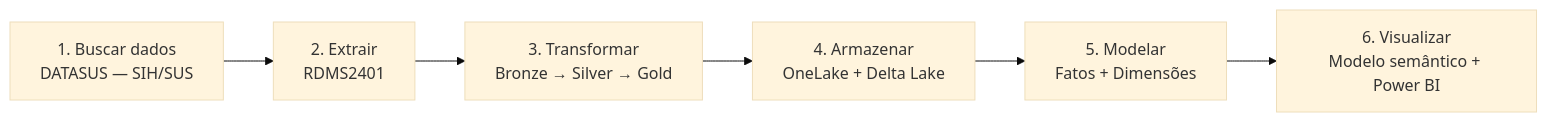
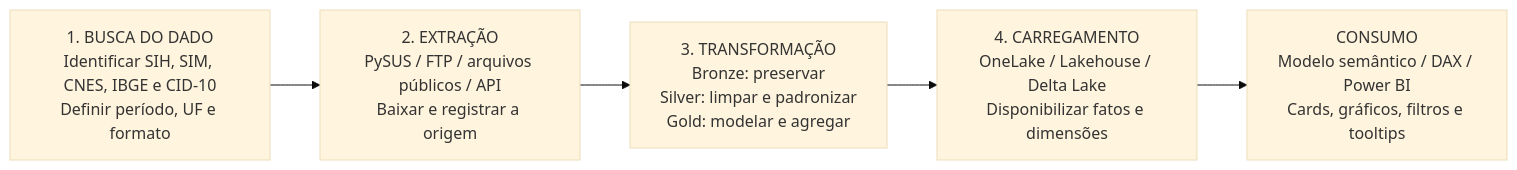
One commit to gersonpn/MedIA-fabric changed the first of 4 diagrams in README.md. Above: the diagram before and after it, drawn with Mermaid (base theme). The commit also changed other lines of this file and 12 other files, not shown here.

````diff
--- a/README.md
+++ b/README.md
@@ -32,8 +70,9 @@
 ```mermaid
 flowchart LR
-    A["1. Buscar dados<br/>DATASUS — SIH/SUS"] --> B["2. Extrair<br/>RDMS2401"]
-    B --> C["3. Transformar<br/>Bronze → Silver → Gold"]
-    C --> D["4. Armazenar<br/>OneLake + Delta Lake"]
-    D --> E["5. Modelar<br/>Fatos + Dimensões"]
-    E --> F["6. Visualizar<br/>Modelo semântico + Power BI"]
+    A["1. BUSCA DO DADO<br/>Identificar SIH, SIM, CNES, IBGE e CID-10<br/>Definir período, UF e formato"]
+    B["2. EXTRAÇÃO<br/>PySUS / FTP / arquivos públicos / API<br/>Baixar e registrar a origem"]
+    C["3. TRANSFORMAÇÃO<br/>Bronze: preservar<br/>Silver: limpar e padronizar<br/>Gold: modelar e agregar"]
+    D["4. CARREGAMENTO<br/>OneLake / Lakehouse / Delta Lake<br/>Disponibilizar fatos e dimensões"]
+    E["CONSUMO<br/>Modelo semântico / DAX / Power BI<br/>Cards, gráficos, filtros e tooltips"]
+    A --> B --> C --> D --> E
 ```
````
